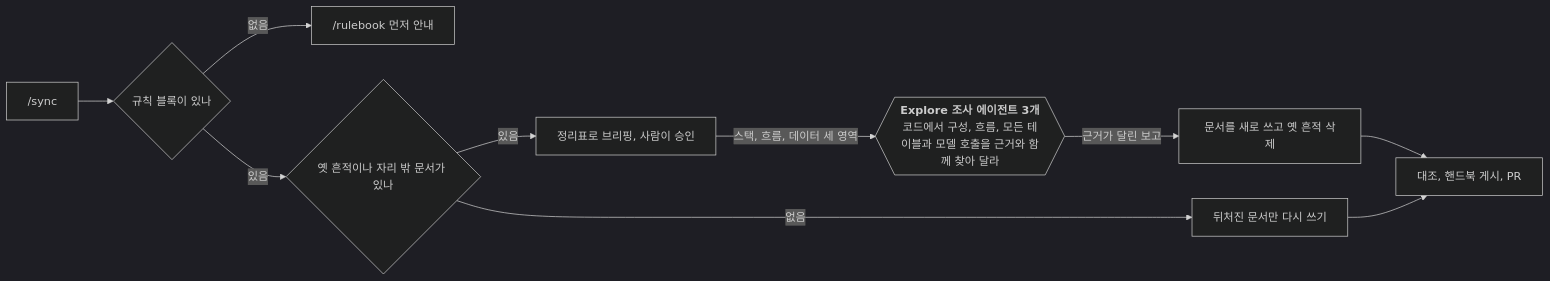
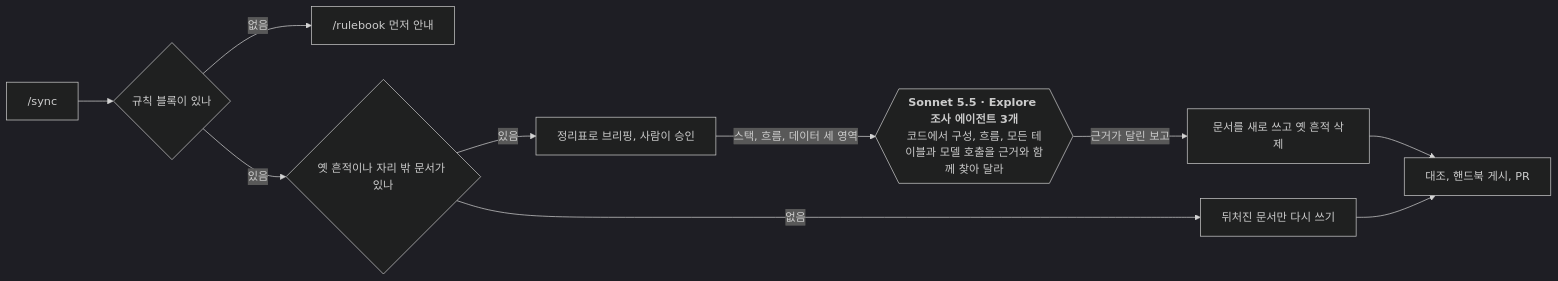
Before and after one commit to dincal/agent_logbook: the fifth of 5 diagrams in docs/system/flows.md, drawn with Mermaid (dark theme). The commit also changed other lines of this file and 17 other files, not shown here.

````diff
--- a/docs/system/flows.md
+++ b/docs/system/flows.md
@@ -81,13 +117,13 @@
 ```mermaid
 flowchart LR
   A["/sync"] --> B{"규칙 블록이 있나"}
   B -->|"없음"| R["/rulebook 먼저 안내"]
   B -->|"있음"| C{"옛 흔적이나 자리 밖 문서가 있나"}
   C -->|"있음"| D["정리표로 브리핑, 사람이 승인"]
-  D -->|"스택, 흐름, 데이터 세 영역"| S{{"`**Explore 조사 에이전트 3개**
+  D -->|"스택, 흐름, 데이터 세 영역"| S{{"`**Sonnet 5.5 · Explore 조사 에이전트 3개**
   코드에서 구성, 흐름, 모든 테이블과 모델 호출을 근거와 함께 찾아 달라`"}}
   S -->|"근거가 달린 보고"| E["문서를 새로 쓰고 옛 흔적 삭제"]
   C -->|"없음"| F["뒤처진 문서만 다시 쓰기"]
   E --> G["대조, 핸드북 게시, PR"]
   F --> G
 ```
````
